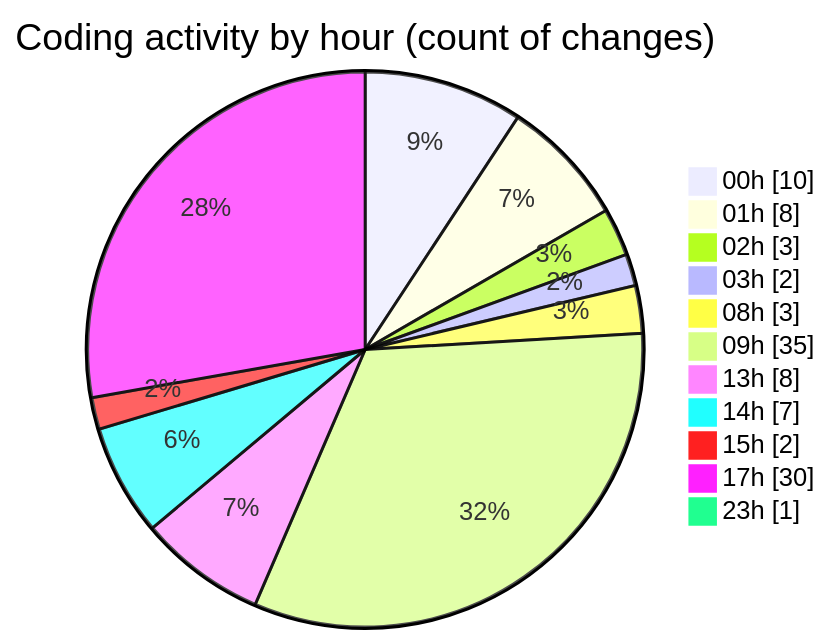
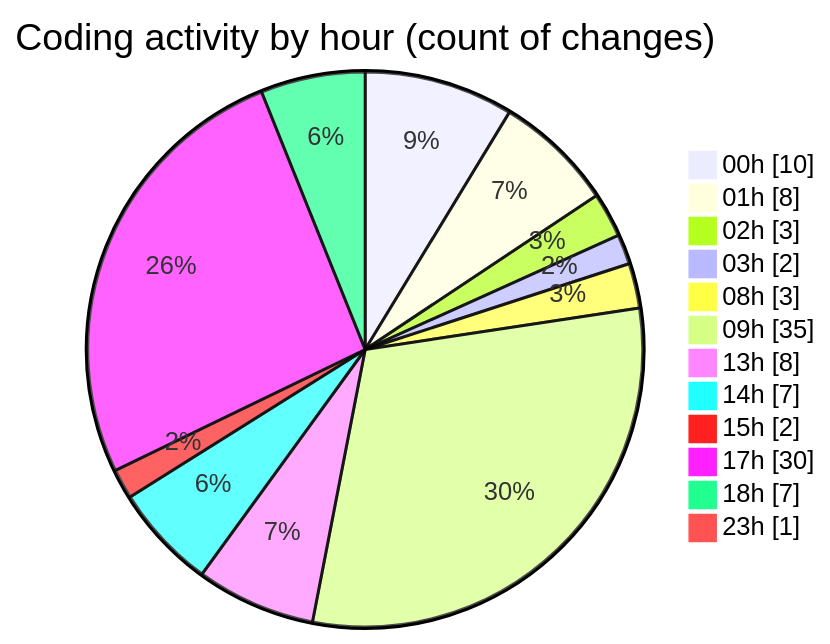
The second of 2 diagrams in 2026-02-09/singularitybrainai/README.md (tmsrecording-cyber/code-tracking), drawn with Mermaid before and after one commit. The commit also changed other lines of this file and 1 other file, not shown here.

````diff
--- a/2026-02-09/singularitybrainai/README.md
+++ b/2026-02-09/singularitybrainai/README.md
@@ -43,15 +43,16 @@
 ```mermaid
 pie showData
 title Coding activity by hour (count of changes)
 "00h" : 10
 "01h" : 8
 "02h" : 3
 "03h" : 2
 "08h" : 3
 "09h" : 35
 "13h" : 8
 "14h" : 7
 "15h" : 2
 "17h" : 30
+"18h" : 7
 "23h" : 1
 ```
````
